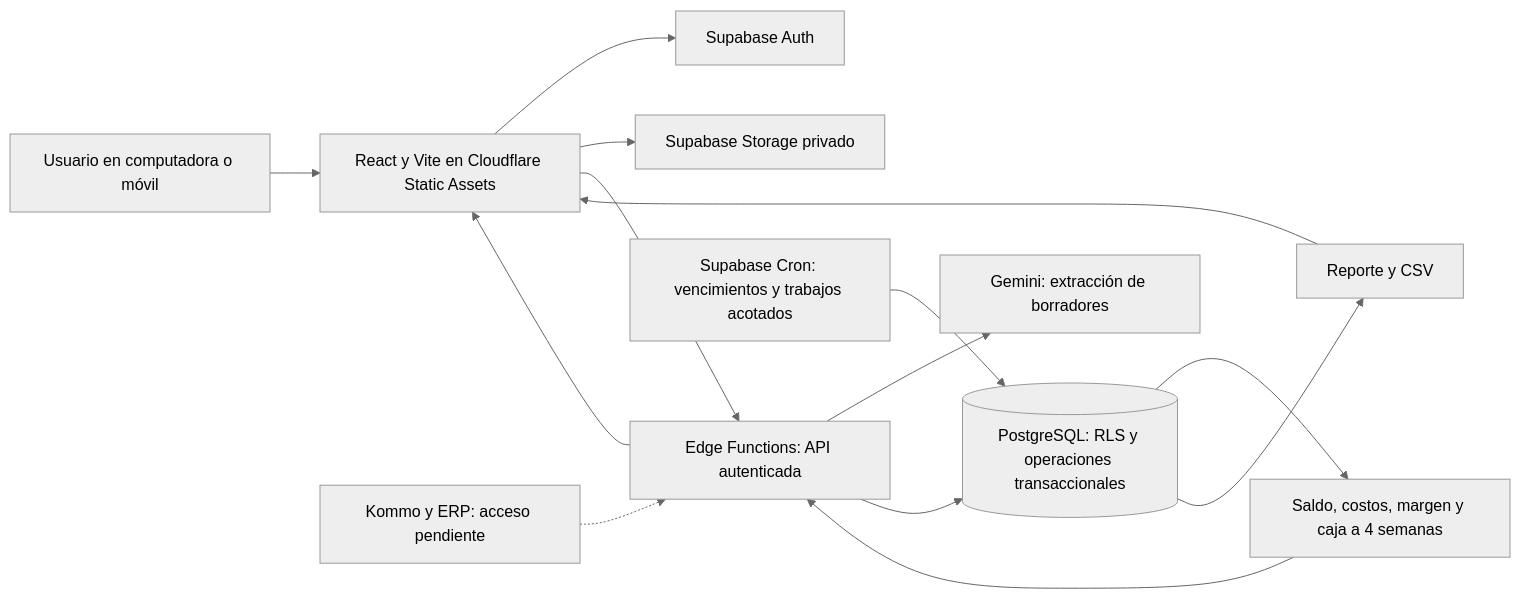
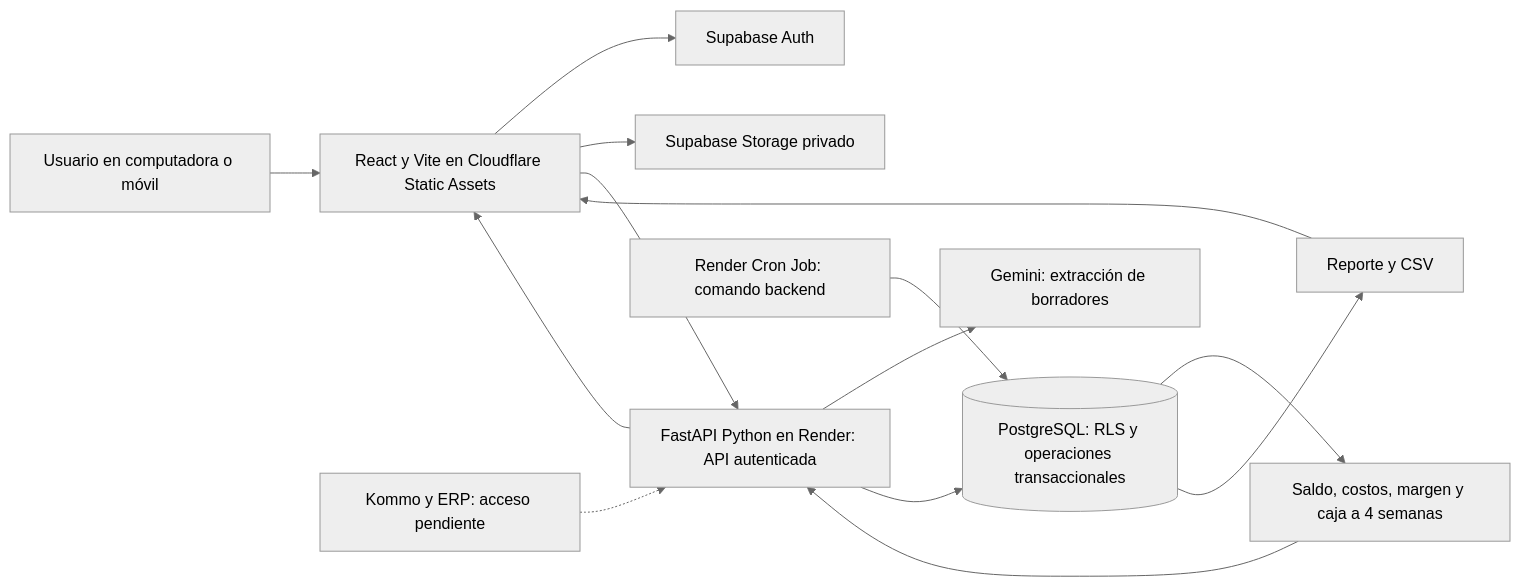
Before and after one commit to rod14x/KeptAI: the diagram in conocimientos/decisiones/infraestructura-desarrollo-mvp.md, drawn with Mermaid (neutral theme). The commit also changed other lines of this file and 9 other files, not shown here.

Commit message:
docs: elegir FastAPI y corregir infraestructura del backend

````diff
--- a/conocimientos/decisiones/infraestructura-desarrollo-mvp.md
+++ b/conocimientos/decisiones/infraestructura-desarrollo-mvp.md
@@ -104,16 +117,16 @@
 ```mermaid
 flowchart LR
     U[Usuario en computadora o móvil] --> WEB[React y Vite en Cloudflare Static Assets]
     WEB --> AUTH[Supabase Auth]
     WEB --> FILE[Supabase Storage privado]
-    WEB --> API[Edge Functions: API autenticada]
+    WEB --> API[FastAPI Python en Render: API autenticada]
     API --> IA[Gemini: extracción de borradores]
     API --> DB[(PostgreSQL: RLS y operaciones transaccionales)]
     DB --> RULES[Saldo, costos, margen y caja a 4 semanas]
     RULES --> API
     API --> WEB
-    CRON[Supabase Cron: vencimientos y trabajos acotados] --> DB
+    CRON[Render Cron Job: comando backend] --> DB
     DB --> REPORT[Reporte y CSV]
     REPORT --> WEB
     EXT[Kommo y ERP: acceso pendiente] -.-> API
 ```
````
